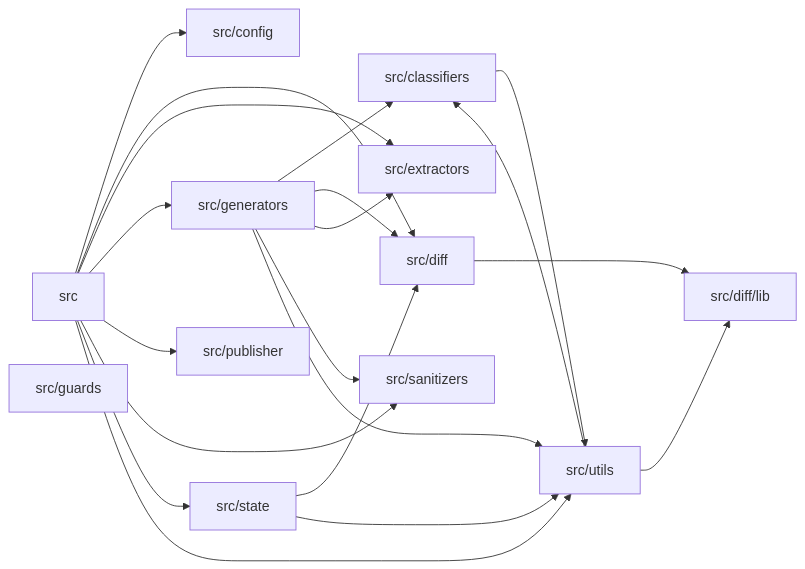
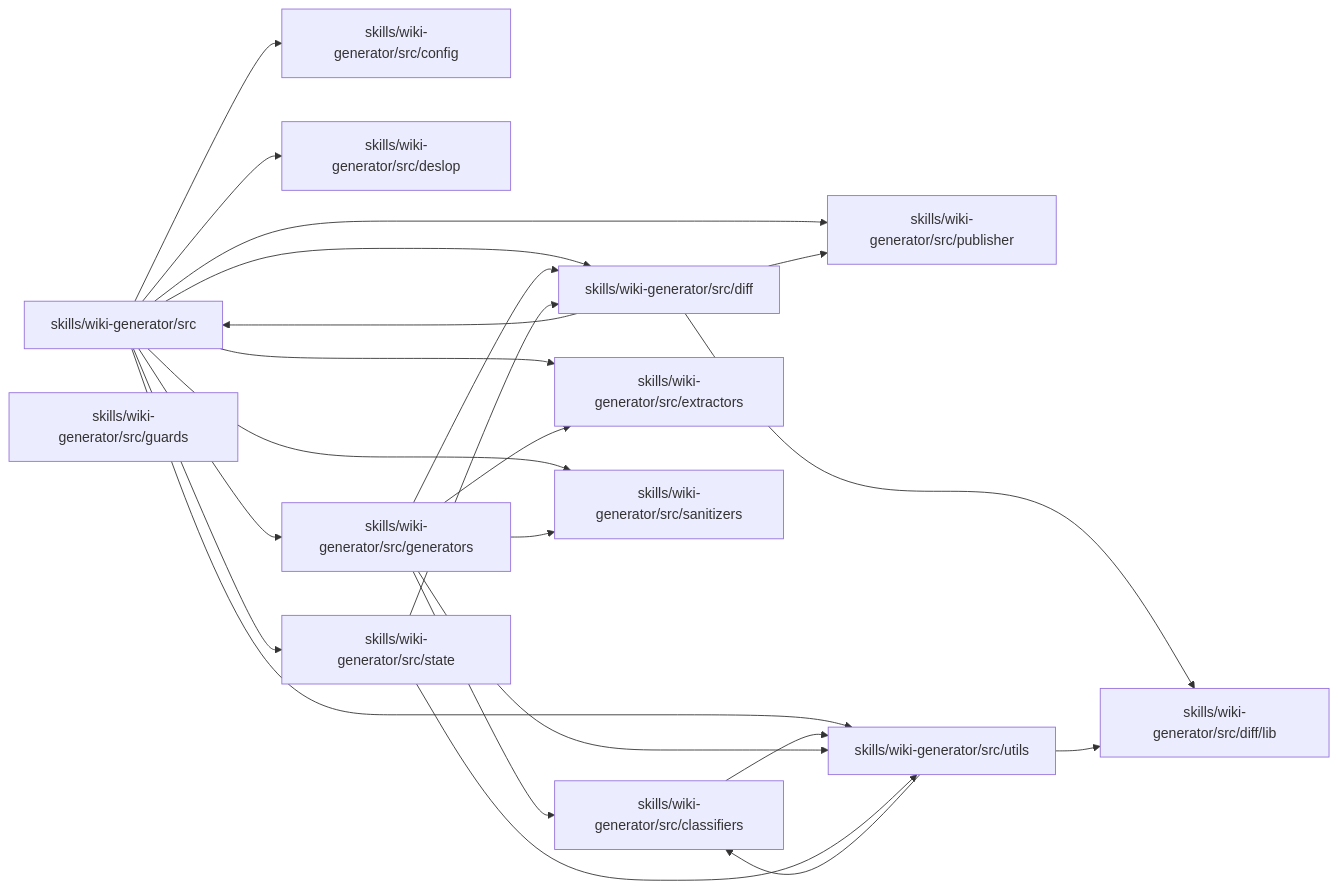
Before and after one commit to j0KZ/jkz-docs: the fifth of 5 diagrams in wiki/reference/architecture.md, drawn with Mermaid. The commit also changed other lines of this file, not shown here.

Commit message:
docs(wiki): update 15 pages (run wiki-2026-06-14T08-35-02-408Z-ad1b6f76)

````diff
--- a/wiki/reference/architecture.md
+++ b/wiki/reference/architecture.md
@@ -26,34 +53,38 @@
 ```mermaid
 graph LR
-  n0["src"]
-  n1["src/classifiers"]
-  n2["src/config"]
-  n3["src/diff"]
-  n4["src/diff/lib"]
-  n5["src/extractors"]
-  n6["src/generators"]
-  n7["src/guards"]
-  n8["src/publisher"]
-  n9["src/sanitizers"]
-  n10["src/state"]
-  n11["src/utils"]
+  n0["skills/wiki-generator/src"]
+  n1["skills/wiki-generator/src/classifiers"]
+  n2["skills/wiki-generator/src/config"]
+  n3["skills/wiki-generator/src/deslop"]
+  n4["skills/wiki-generator/src/diff"]
+  n5["skills/wiki-generator/src/diff/lib"]
+  n6["skills/wiki-generator/src/extractors"]
+  n7["skills/wiki-generator/src/generators"]
+  n8["skills/wiki-generator/src/guards"]
+  n9["skills/wiki-generator/src/publisher"]
+  n10["skills/wiki-generator/src/sanitizers"]
+  n11["skills/wiki-generator/src/state"]
+  n12["skills/wiki-generator/src/utils"]
   n0 --> n2
   n0 --> n3
-  n0 --> n5
+  n0 --> n4
   n0 --> n6
-  n0 --> n8
+  n0 --> n7
   n0 --> n9
   n0 --> n10
   n0 --> n11
-  n1 --> n11
-  n3 --> n4
-  n6 --> n1
-  n6 --> n3
-  n6 --> n5
-  n6 --> n9
-  n6 --> n11
-  n10 --> n3
-  n10 --> n11
-  n11 --> n1
+  n0 --> n12
+  n1 --> n12
+  n4 --> n0
+  n4 --> n5
+  n4 --> n9
+  n7 --> n1
+  n7 --> n4
+  n7 --> n6
+  n7 --> n10
+  n7 --> n12
   n11 --> n4
+  n11 --> n12
+  n12 --> n1
+  n12 --> n5
 ```
````
